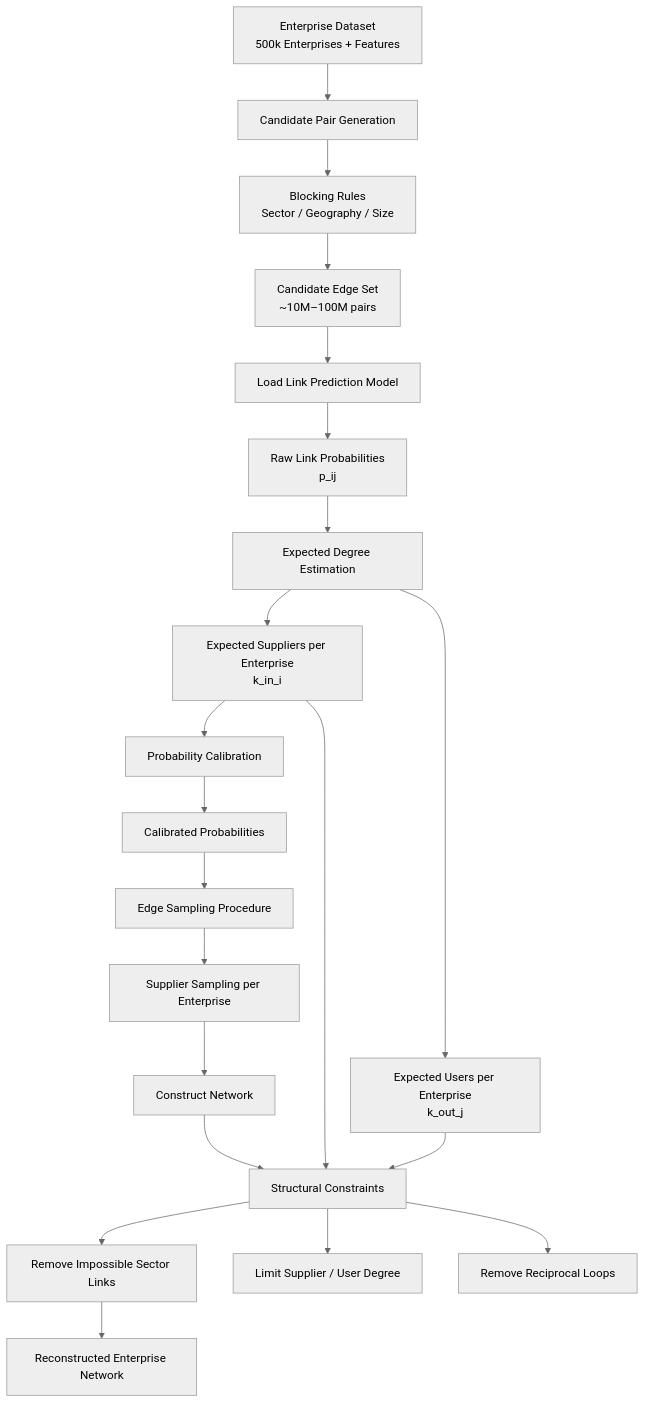
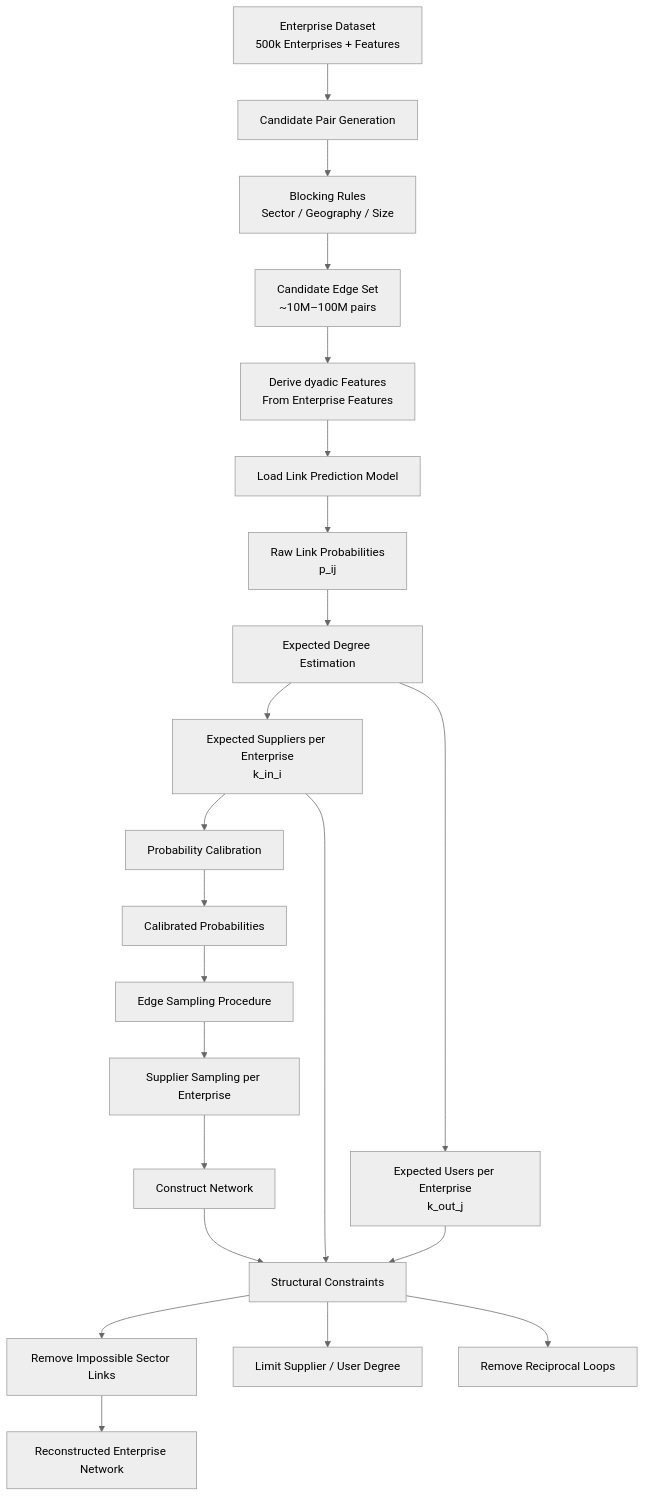
Before and after one commit to SNStatComp/AIML4OS_WP11_reconstruction: the diagram in steps.mmd, drawn with Mermaid (neutral theme). The commit also changed 12 other files, not shown here.

```diff
--- a/steps.mmd
+++ b/steps.mmd
@@ -1,60 +1,61 @@
 flowchart TD
 
-D[Load Link Prediction Model]
 
 A[Enterprise Dataset<br>500k Enterprises + Features] --> B[Candidate Pair Generation]
 
 B --> B1[Blocking Rules<br>Sector / Geography / Size]
 %% B --> B2[ANN Search<br>Embeddings + FAISS/HNSW]
 
 B1 --> C[Candidate Edge Set<br>~10M–100M pairs]
+
+C --> C1[Derive dyadic Features<br>From Enterprise Features]
 %% B2 --> C
 
-C --> D
+D[Load Link Prediction Model]
+C1 --> D
 D --> E[Raw Link Probabilities<br>p_ij]
 
 E --> H[Expected Degree Estimation]
 
 H --> H1[Expected Suppliers per Enterprise<br>k_in_i]
 H --> H2[Expected Users per Enterprise<br>k_out_j]
 
 H1 --> F[Probability Calibration]
 
 %% H --> F[Probability Calibration]
 
 %% F --> F1[Platt Scaling]
 %% F --> F2[Calibration<br> _Beta Calibration_ ]
 %% F --> F3[Isotonic Regression]
 
 F --> G[Calibrated Probabilities]
 %% F1 --> G[Calibrated Probabilities]
 %% F2 --> G[Calibrated Probabilities]
 %% F3 --> G
 
 G --> J[Edge Sampling Procedure]
-
 
 %% I --> I1[Fitness Scaling<br>Enterprise Size / Revenue]
 %% I --> I2[Sector Block Matrix<br>Input-Output Constraints]
 %% I --> I3[Geographic Decay, from model]
 
 %% I1 --> J
 %% I2 --> J
 %% I3 --> J
 
 J --> J1[Supplier Sampling per Enterprise]
 %% J --> J2[Probabilistic Edge Sampling]
 
 J1 --> K[Construct Network]
 %% J2 --> K
 
 H1 --> L
 H2 --> L
 
 K --> L[Structural Constraints]
 
 L --> L1[Remove Impossible Sector Links]
 L --> L2[Limit Supplier / User Degree]
 L --> L3[Remove Reciprocal Loops]
 
 L1 --> M[Reconstructed Enterprise Network]
```
